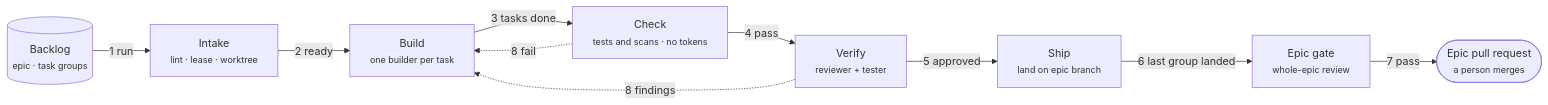
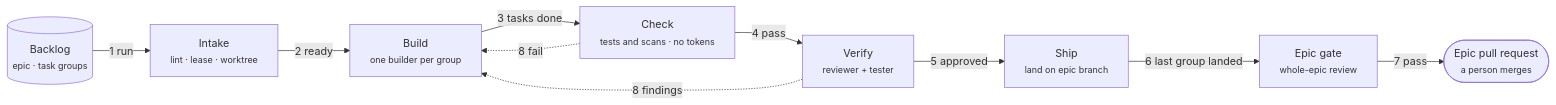
The first of 5 diagrams in docs/hld.md (rdevitto86/komodo-agentic-harness-coding), drawn with Mermaid before and after one commit. The commit also changed other lines of this file and 1 other file, not shown here.

````diff
--- a/docs/hld.md
+++ b/docs/hld.md
@@ -14,20 +14,20 @@
 ```mermaid
 flowchart LR
   BL[("Backlog<br><small>epic · task groups</small>")]:::store
   I["Intake<br><small>lint · lease · worktree</small>"]
-  B["Build<br><small>one builder per task</small>"]:::core
+  B["Build<br><small>one builder per group</small>"]:::core
   C["Check<br><small>tests and scans · no tokens</small>"]
   V["Verify<br><small>reviewer + tester</small>"]:::core
   SH["Ship<br><small>land on epic branch</small>"]
   EG["Epic gate<br><small>whole-epic review</small>"]:::core
   PR(["Epic pull request<br><small>a person merges</small>"]):::ok
   BL -->|"1 run"| I
   I -->|"2 ready"| B
   B -->|"3 tasks done"| C
   C -->|"4 pass"| V
   V -->|"5 approved"| SH
   SH -->|"6 last group landed"| EG
   EG -->|"7 pass"| PR
   C -.->|"8 fail"| B
   V -.->|"8 findings"| B
 ```
````
